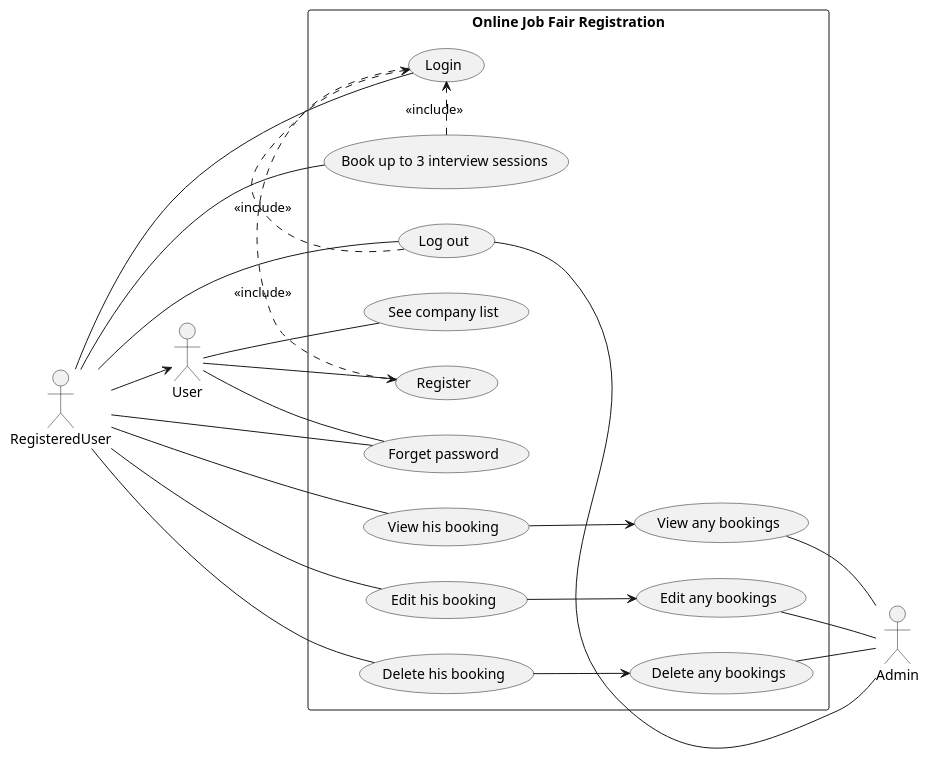
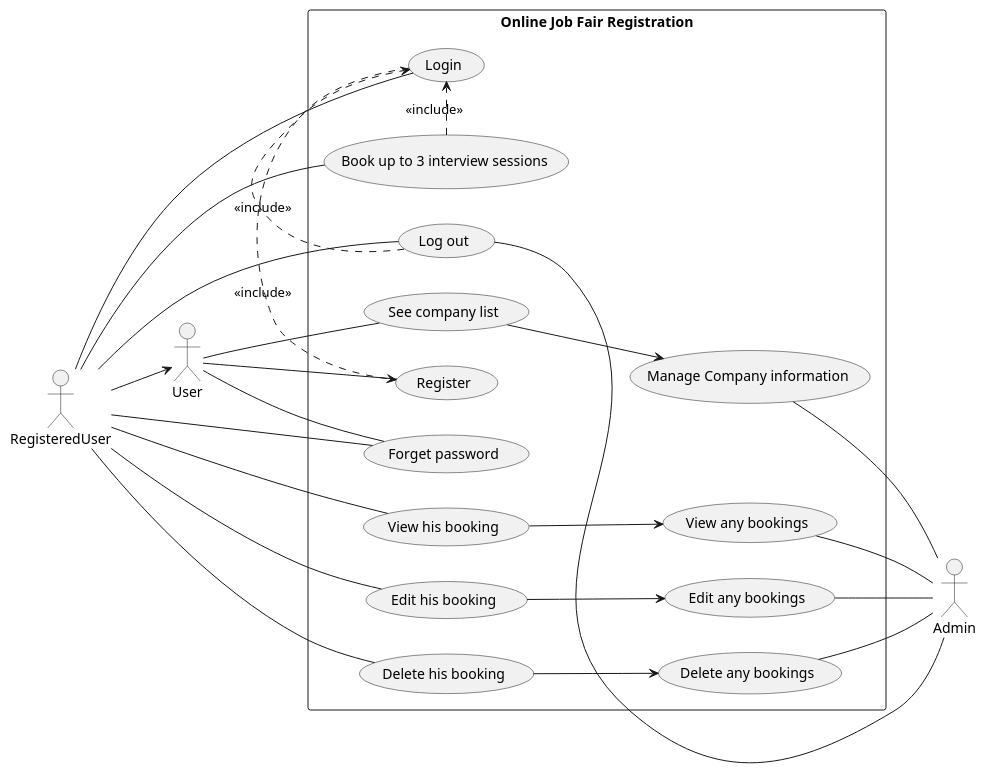
Before and after one commit to TeerapatChan/CU-JobfairBackend: the diagram in use-case.puml, drawn with PlantUML. The commit also changed 1 other file, not shown here.

Commit message:
feat: class diagram

```diff
--- a/use-case.puml
+++ b/use-case.puml
@@ -1,44 +1,47 @@
 @startuml
 left to right direction
 
 rectangle "Online Job Fair Registration" as ojf {
     (See company list)
     (Register)
     (Login)
     (Book up to 3 interview sessions)
     (View his booking)
     (Edit his booking)
     (Delete his booking)
     (Forget password)
     (Log out)
+    (Manage Company information)
+
+    (See company list) --> (Manage Company information)
 
     (Login) .> (Register) : <<include>>
 
     (View his booking) --> (View any bookings)
     (Edit his booking) --> (Edit any bookings)
     (Delete his booking) --> (Delete any bookings)
 
     (Book up to 3 interview sessions) .> (Login) : <<include>>
     (Log out) .> (Login) : <<include>>
 }
 
 RegisteredUser --> User
 
 User --(Forget password)
 User -- (See company list)
 User -- (Register)
 RegisteredUser -- (Forget password)
 RegisteredUser -- (Login)
 RegisteredUser -- (Book up to 3 interview sessions)
 RegisteredUser -- (View his booking)
 RegisteredUser -- (Edit his booking)
 RegisteredUser -- (Delete his booking)
 RegisteredUser -- (Log out)
 
-
+(Manage Company information) -- Admin
 (Log out) -- Admin
 (View any bookings) -- Admin
 (Edit any bookings) -- Admin
 (Delete any bookings) -- Admin
 
 @enduml
```
